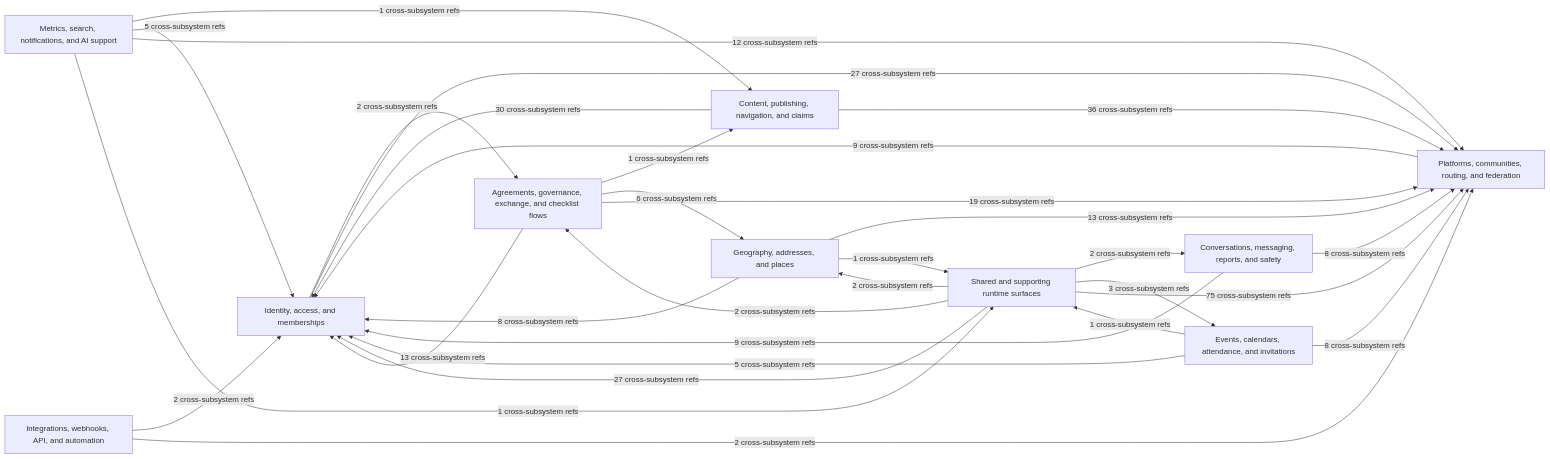
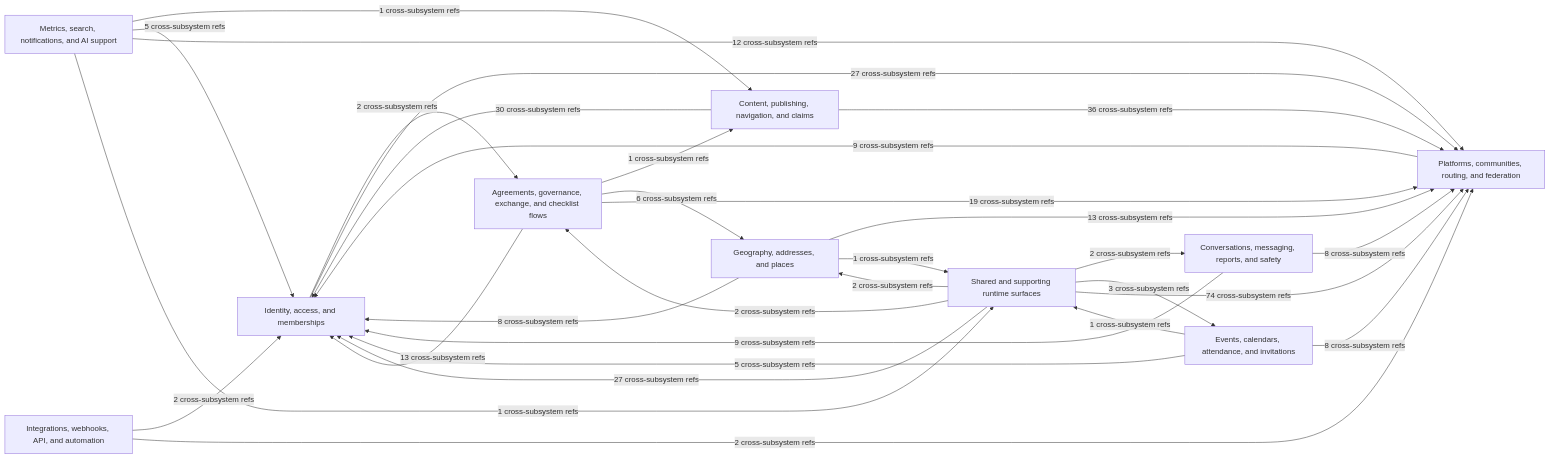
The diagram in docs/diagrams/source/ce_subsystem_interaction_map.mmd (better-together-org/community-engine-rails), drawn with Mermaid before and after one commit. The commit also changed 46 other files, not shown here.

```diff
--- a/docs/diagrams/source/ce_subsystem_interaction_map.mmd
+++ b/docs/diagrams/source/ce_subsystem_interaction_map.mmd
@@ -1,42 +1,42 @@
 %% Generated by scripts/export_subsystem_diagrams.rb
 flowchart LR
   identity_access["Identity, access, and memberships"]
   platform_network["Platforms, communities, routing, and federation"]
   content_publishing["Content, publishing, navigation, and claims"]
   geography_and_places["Geography, addresses, and places"]
   events_calendar["Events, calendars, attendance, and invitations"]
   conversations_safety["Conversations, messaging, reports, and safety"]
   exchange_governance["Agreements, governance, exchange, and checklist flows"]
   metrics_search_ai["Metrics, search, notifications, and AI support"]
   integrations_webhooks["Integrations, webhooks, API, and automation"]
   shared_supporting["Shared and supporting runtime surfaces"]
 
   content_publishing -->|30 cross-subsystem refs| identity_access
   content_publishing -->|36 cross-subsystem refs| platform_network
   conversations_safety -->|9 cross-subsystem refs| identity_access
   conversations_safety -->|8 cross-subsystem refs| platform_network
   events_calendar -->|5 cross-subsystem refs| identity_access
   events_calendar -->|8 cross-subsystem refs| platform_network
   events_calendar -->|1 cross-subsystem refs| shared_supporting
   exchange_governance -->|1 cross-subsystem refs| content_publishing
   exchange_governance -->|6 cross-subsystem refs| geography_and_places
   exchange_governance -->|13 cross-subsystem refs| identity_access
   exchange_governance -->|19 cross-subsystem refs| platform_network
   geography_and_places -->|8 cross-subsystem refs| identity_access
   geography_and_places -->|13 cross-subsystem refs| platform_network
   geography_and_places -->|1 cross-subsystem refs| shared_supporting
   identity_access -->|2 cross-subsystem refs| exchange_governance
   identity_access -->|27 cross-subsystem refs| platform_network
   integrations_webhooks -->|2 cross-subsystem refs| identity_access
   integrations_webhooks -->|2 cross-subsystem refs| platform_network
   metrics_search_ai -->|1 cross-subsystem refs| content_publishing
   metrics_search_ai -->|5 cross-subsystem refs| identity_access
   metrics_search_ai -->|12 cross-subsystem refs| platform_network
   metrics_search_ai -->|1 cross-subsystem refs| shared_supporting
   platform_network -->|9 cross-subsystem refs| identity_access
   shared_supporting -->|2 cross-subsystem refs| conversations_safety
   shared_supporting -->|3 cross-subsystem refs| events_calendar
   shared_supporting -->|2 cross-subsystem refs| exchange_governance
   shared_supporting -->|2 cross-subsystem refs| geography_and_places
   shared_supporting -->|27 cross-subsystem refs| identity_access
-  shared_supporting -->|75 cross-subsystem refs| platform_network
+  shared_supporting -->|74 cross-subsystem refs| platform_network
```
